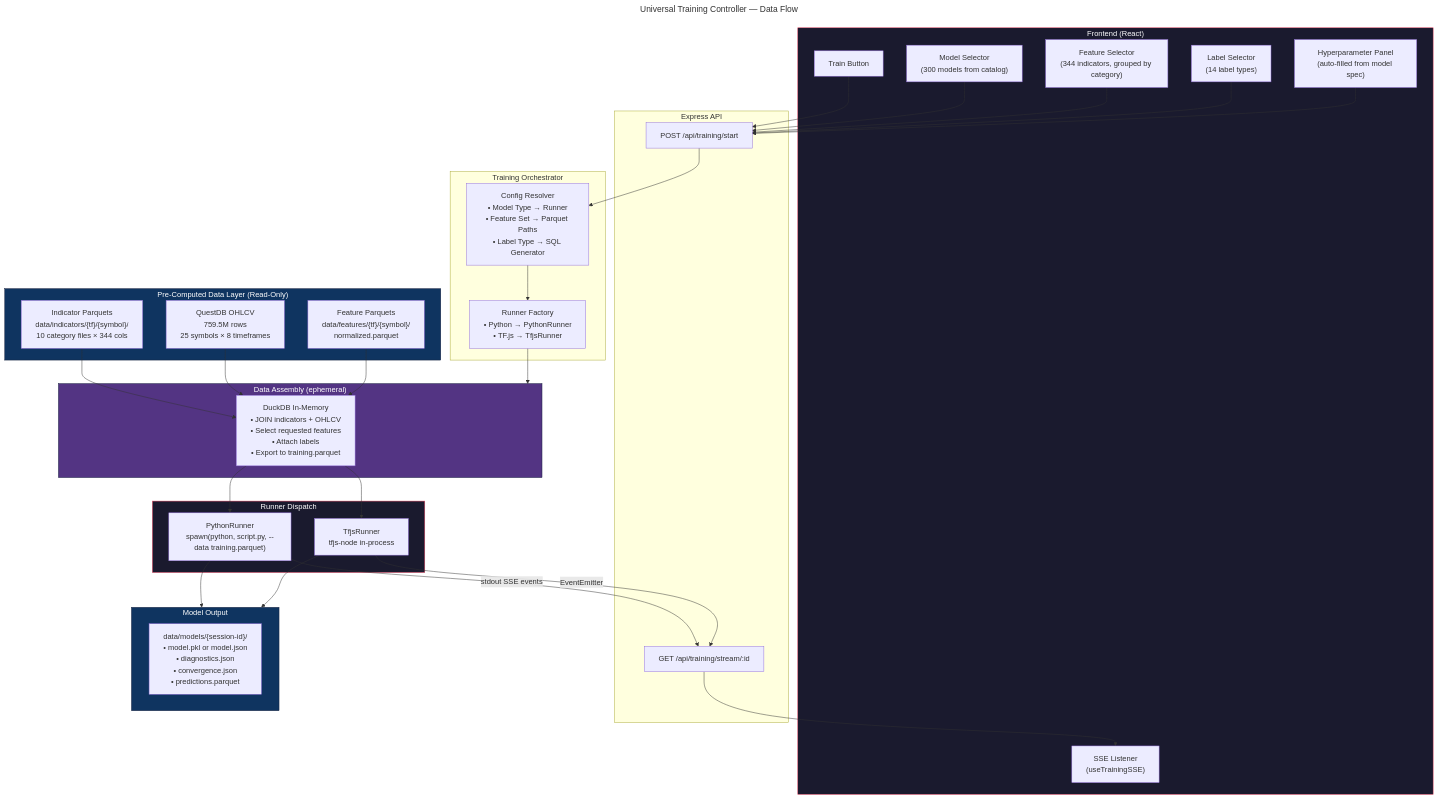
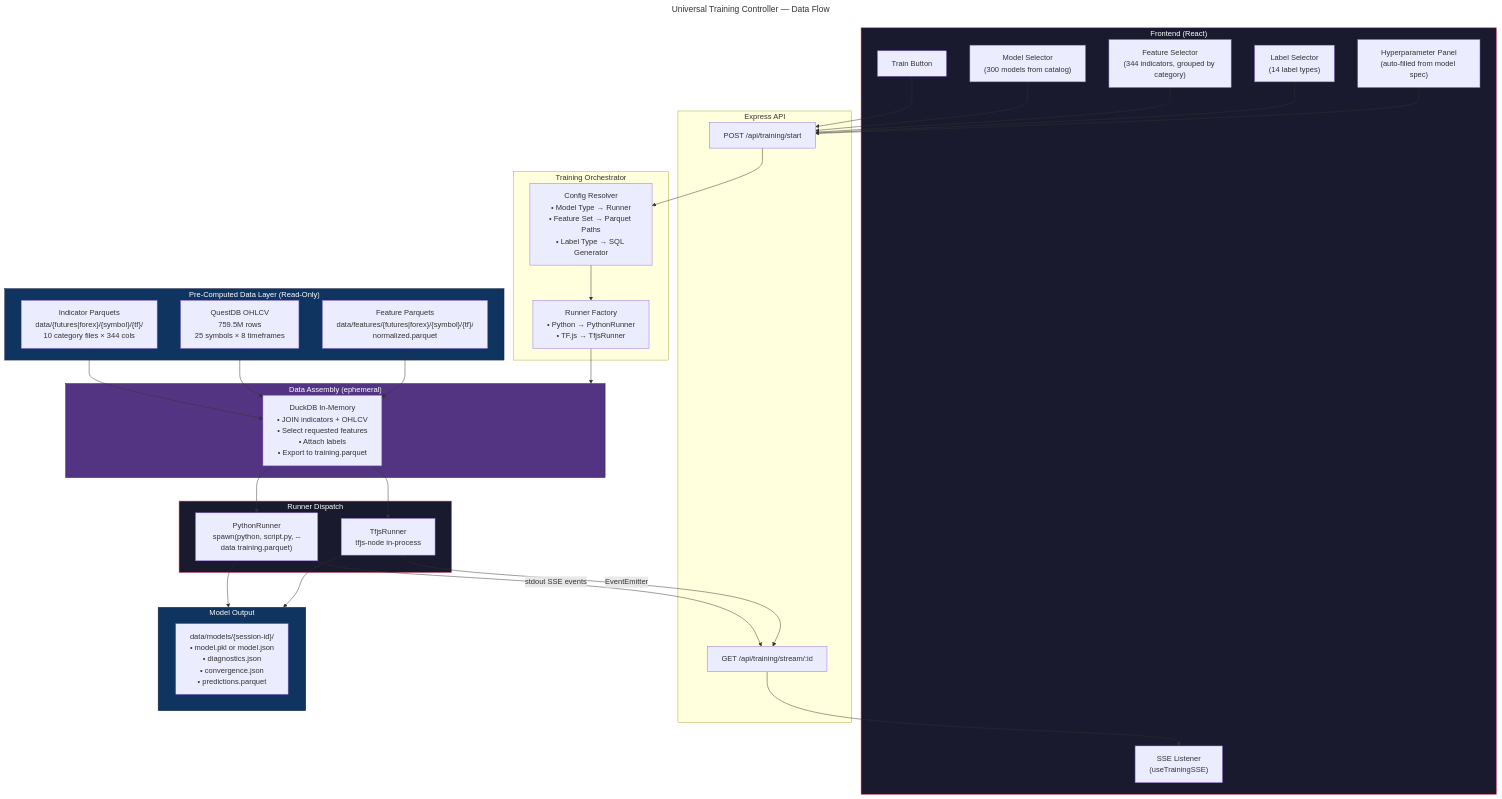
One commit to Outtsett/ml_dashboard changed the first of 4 diagrams in docs/UNIVERSAL-TRAINING-ARCHITECTURE.md. Above: the diagram before and after it, drawn with Mermaid. The commit also changed other lines of this file and 128 other files, not shown here.

````diff
--- a/docs/UNIVERSAL-TRAINING-ARCHITECTURE.md
+++ b/docs/UNIVERSAL-TRAINING-ARCHITECTURE.md
@@ -9,68 +9,68 @@
 ```mermaid
 ---
 title: "Universal Training Controller — Data Flow"
 ---
 flowchart TB
     subgraph UI["Frontend (React)"]
         TB["Train Button"]
         MS["Model Selector\n(300 models from catalog)"]
         FS["Feature Selector\n(344 indicators, grouped by category)"]
         LS["Label Selector\n(14 label types)"]
         HP["Hyperparameter Panel\n(auto-filled from model spec)"]
         SSE["SSE Listener\n(useTrainingSSE)"]
     end
 
     subgraph API["Express API"]
         TR["POST /api/training/start"]
         STREAM["GET /api/training/stream/:id"]
     end
 
     subgraph ORCH["Training Orchestrator"]
         RES["Config Resolver\n• Model Type → Runner\n• Feature Set → Parquet Paths\n• Label Type → SQL Generator"]
         RF["Runner Factory\n• Python → PythonRunner\n• TF.js → TfjsRunner"]
     end
 
     subgraph DATA["Pre-Computed Data Layer (Read-Only)"]
-        IND["Indicator Parquets\ndata/indicators/{tf}/{symbol}/\n10 category files × 344 cols"]
+        IND["Indicator Parquets\ndata/{futures|forex}/{symbol}/{tf}/\n10 category files × 344 cols"]
         OHLCV["QuestDB OHLCV\n759.5M rows\n25 symbols × 8 timeframes"]
-        FEAT["Feature Parquets\ndata/features/{tf}/{symbol}/\nnormalized.parquet"]
+        FEAT["Feature Parquets\ndata/features/{futures|forex}/{symbol}/{tf}/\nnormalized.parquet"]
     end
 
     subgraph ASSEMBLE["Data Assembly (ephemeral)"]
         DDB["DuckDB In-Memory\n• JOIN indicators + OHLCV\n• Select requested features\n• Attach labels\n• Export to training.parquet"]
     end
 
     subgraph RUNNERS["Runner Dispatch"]
         PR["PythonRunner\nspawn(python, script.py, --data training.parquet)"]
         TFJS["TfjsRunner\ntfjs-node in-process"]
     end
 
     subgraph OUTPUT["Model Output"]
         MOD["data/models/{session-id}/\n• model.pkl or model.json\n• diagnostics.json\n• convergence.json\n• predictions.parquet"]
     end
 
     TB --> TR
     MS --> TR
     FS --> TR
     LS --> TR
     HP --> TR
     TR --> RES
     RES --> RF
     RF --> ASSEMBLE
     IND --> DDB
     OHLCV --> DDB
     FEAT --> DDB
     DDB --> PR
     DDB --> TFJS
     PR --> OUTPUT
     TFJS --> OUTPUT
     PR -- "stdout SSE events" --> STREAM
     TFJS -- "EventEmitter" --> STREAM
     STREAM --> SSE
 
     style UI fill:#1a1a2e,stroke:#e94560,color:#fff
     style DATA fill:#0f3460,stroke:#16213e,color:#fff
     style ASSEMBLE fill:#533483,stroke:#16213e,color:#fff
     style RUNNERS fill:#1a1a2e,stroke:#e94560,color:#fff
     style OUTPUT fill:#0f3460,stroke:#16213e,color:#fff
 ```
````
